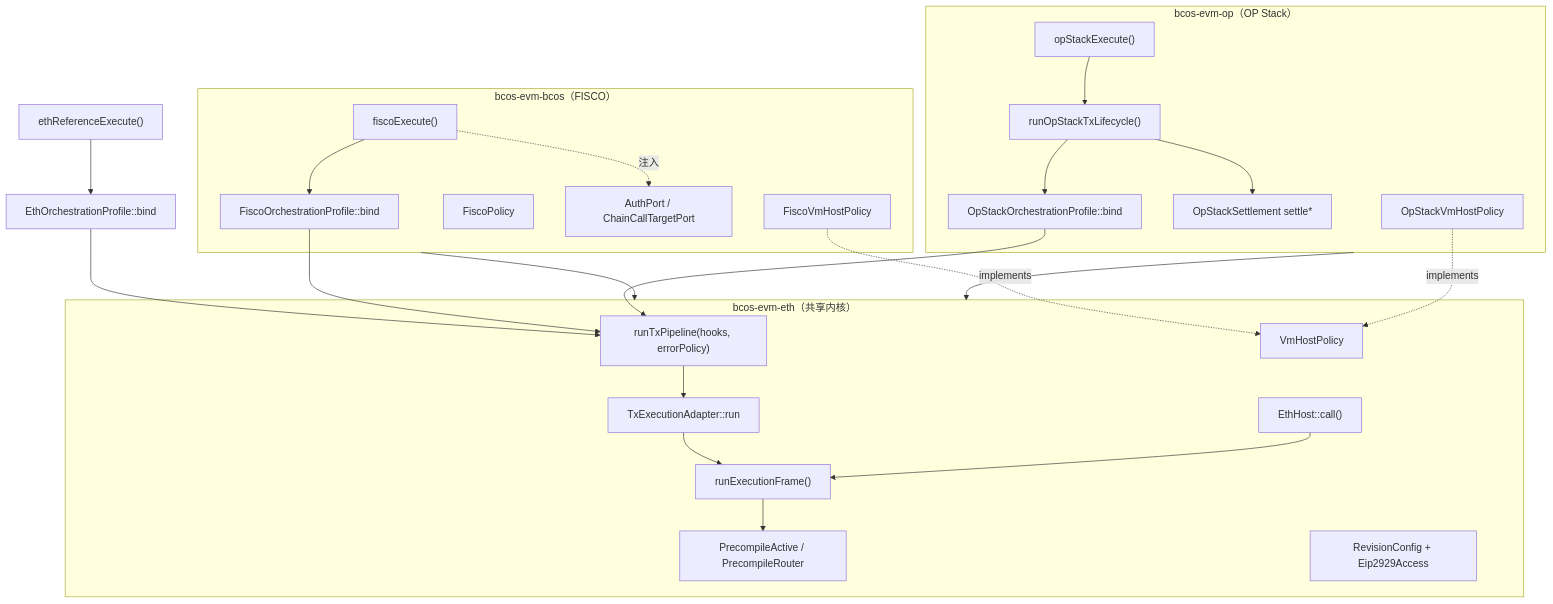
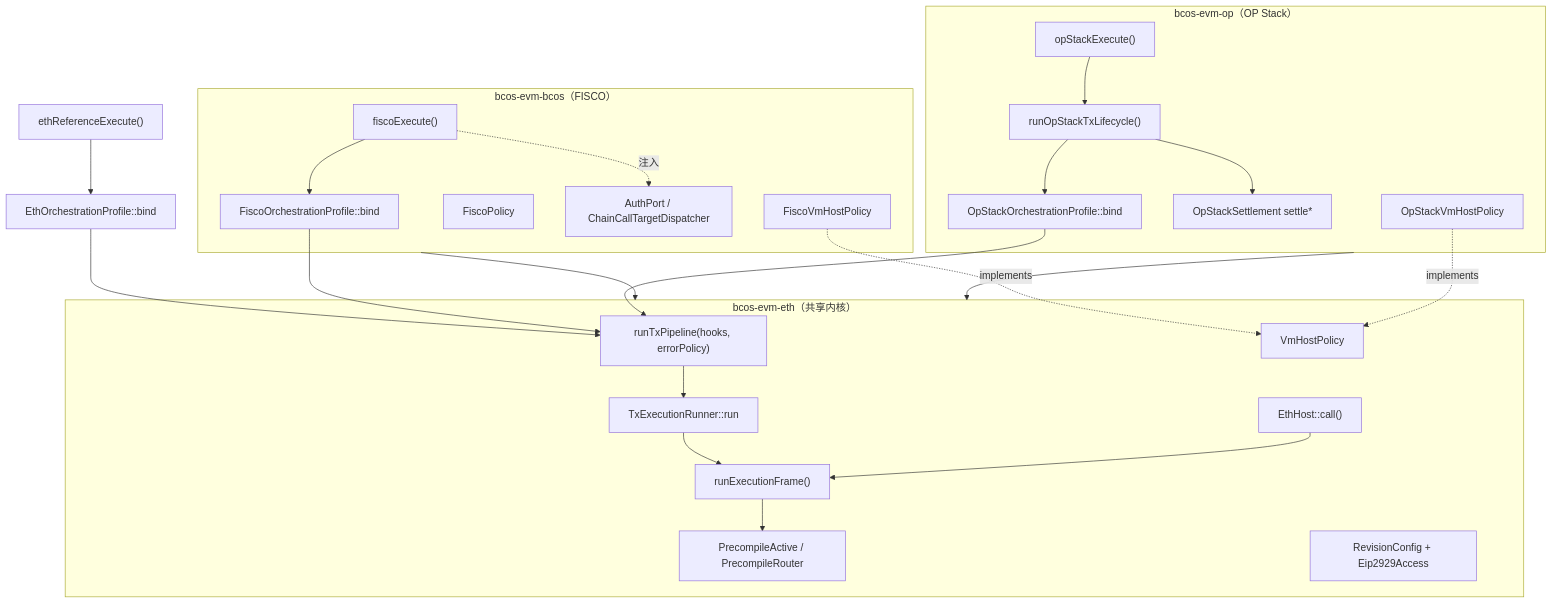
Before and after one commit to ywy2090/FISCO-BCOS: the diagram in bcos-evm/docs/architecture-overview.md, drawn with Mermaid. The commit also changed other lines of this file and 271 other files, not shown here.

````diff
--- a/bcos-evm/docs/architecture-overview.md
+++ b/bcos-evm/docs/architecture-overview.md
@@ -36,41 +36,41 @@
 ```mermaid
 graph TD
     subgraph kernel["bcos-evm-eth（共享内核）"]
         RO["runTxPipeline(hooks, errorPolicy)"]
-        TEA["TxExecutionAdapter::run"]
+        TEA["TxExecutionRunner::run"]
         EF["runExecutionFrame()"]
         PA["PrecompileActive / PrecompileRouter"]
         EH["EthHost::call()"]
         VHP["VmHostPolicy"]
         RC["RevisionConfig + Eip2929Access"]
     end
     subgraph bcos["bcos-evm-bcos（FISCO）"]
         FEB["fiscoExecute()"]
         FOP["FiscoOrchestrationProfile::bind"]
         FVP["FiscoVmHostPolicy"]
         FP["FiscoPolicy"]
-        PORTS["AuthPort / ChainCallTargetPort"]
+        PORTS["AuthPort / ChainCallTargetDispatcher"]
     end
     subgraph op["bcos-evm-op（OP Stack）"]
         OEB["opStackExecute()"]
         OTL["runOpStackTxLifecycle()"]
         OOP["OpStackOrchestrationProfile::bind"]
         OSET["OpStackSettlement settle*"]
         OVP["OpStackVmHostPolicy"]
     end
     ETH["ethReferenceExecute()"] --> EOP["EthOrchestrationProfile::bind"]
     EOP --> RO
     FEB --> FOP --> RO
     OEB --> OTL
     OTL --> OOP --> RO
     OTL --> OSET
     RO --> TEA
     TEA --> EF
     EF --> PA
     EH --> EF
     FVP -.implements.-> VHP
     OVP -.implements.-> VHP
     FEB -. 注入 .-> PORTS
     bcos --> kernel
     op --> kernel
 ```
````
